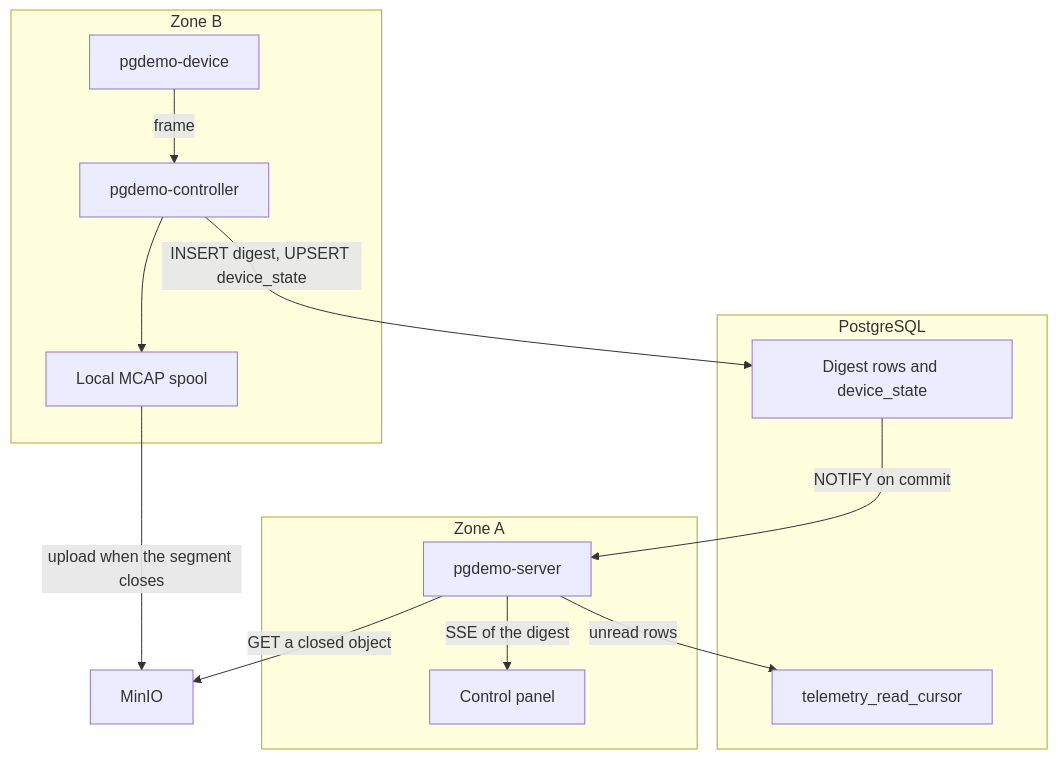
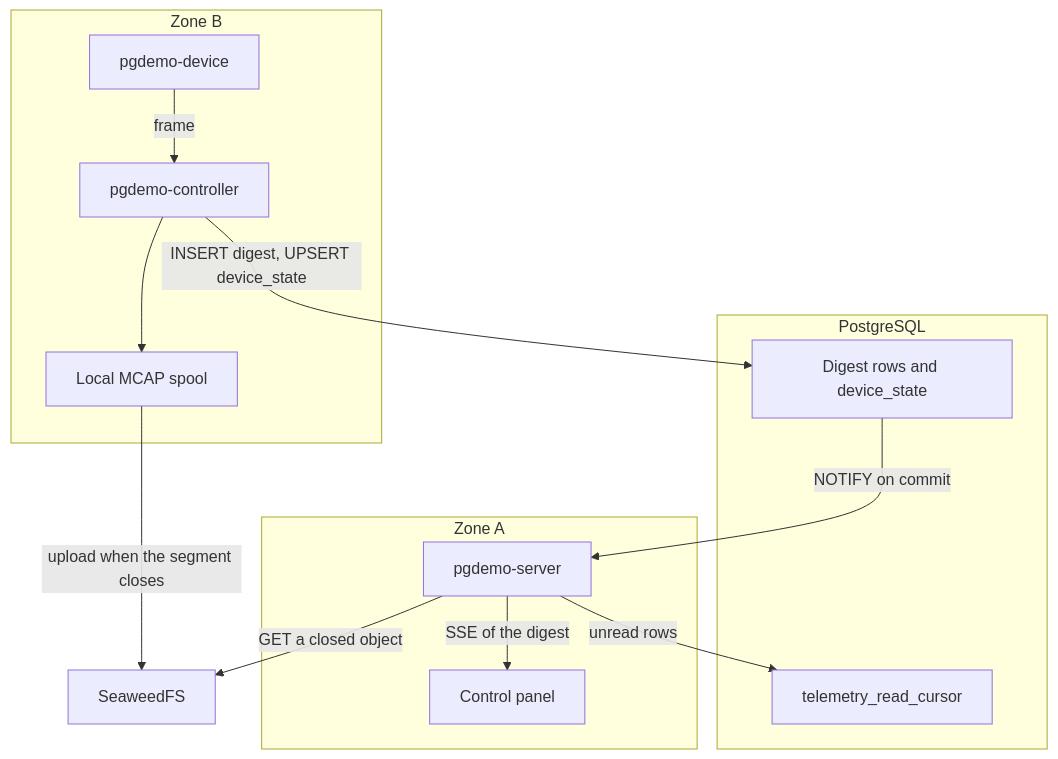
Before and after one commit to jgmatu/postgresql: the first of 5 diagrams in TODO.md, drawn with Mermaid. The commit also changed other lines of this file, not shown here.

Commit message:
Use SeaweedFS for the fat telemetry body and keep PostgreSQL as the clock between the two processes.

````diff
--- a/TODO.md
+++ b/TODO.md
@@ -34,26 +36,26 @@
 ```mermaid
 flowchart TB
     subgraph zoneA [Zone A]
         panel[Control panel]
         server[pgdemo-server]
     end
     subgraph database [PostgreSQL]
         digest[Digest rows and device_state]
         cursor[telemetry_read_cursor]
     end
     subgraph zoneB [Zone B]
         worker[pgdemo-device]
         controller[pgdemo-controller]
         spool[Local MCAP spool]
     end
-    minio[MinIO]
+    seaweed[SeaweedFS]
 
     worker -->|frame| controller
     controller -->|INSERT digest, UPSERT device_state| digest
     digest -->|NOTIFY on commit| server
     server -->|unread rows| cursor
     server -->|SSE of the digest| panel
-    server -->|GET a closed object| minio
+    server -->|GET a closed object| seaweed
     controller --> spool
-    spool -->|upload when the segment closes| minio
+    spool -->|upload when the segment closes| seaweed
 ```
````
